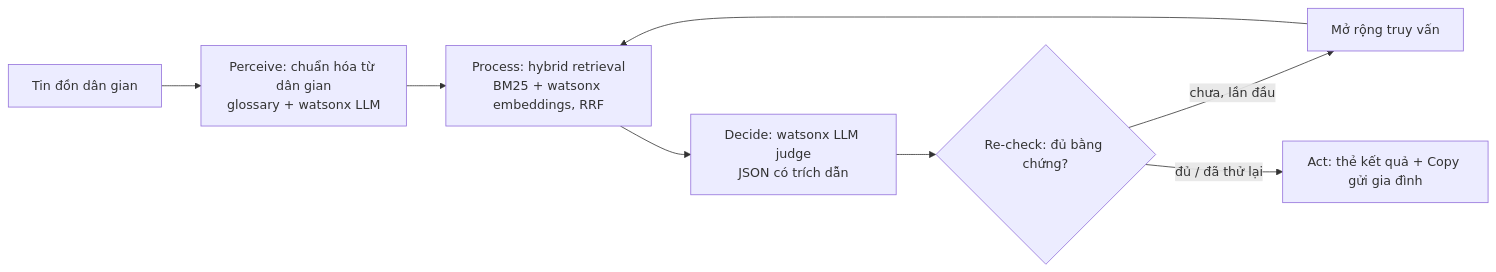
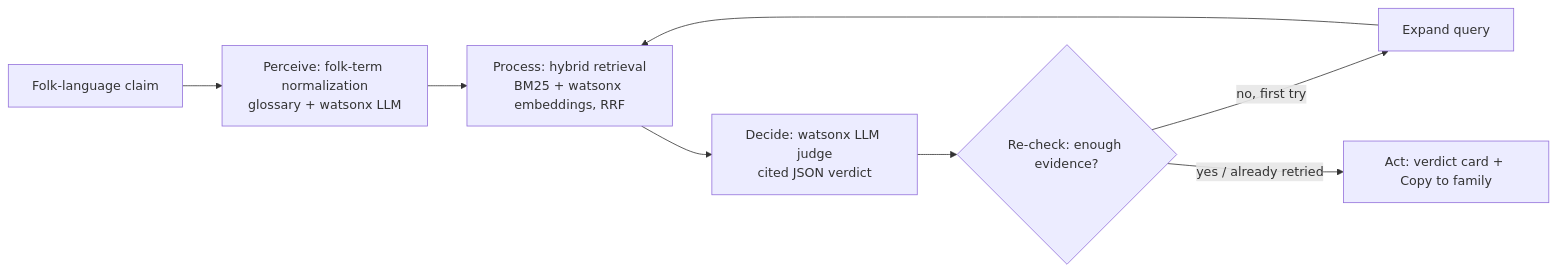
The diagram in README.md (khanh-tran11/Healthcare-PBM-AI), drawn with Mermaid before and after one commit. The commit also changed other lines of this file and 3 other files, not shown here.

````diff
--- a/README.md
+++ b/README.md
@@ -18,9 +18,9 @@
 ```mermaid
 flowchart LR
-  A[Tin đồn dân gian] --> B[Perceive: chuẩn hóa từ dân gian<br/>glossary + watsonx LLM]
+  A[Folk-language claim] --> B[Perceive: folk-term normalization<br/>glossary + watsonx LLM]
   B --> C[Process: hybrid retrieval<br/>BM25 + watsonx embeddings, RRF]
-  C --> D[Decide: watsonx LLM judge<br/>JSON có trích dẫn]
-  D --> E{Re-check: đủ bằng chứng?}
-  E -- chưa, lần đầu --> F[Mở rộng truy vấn] --> C
-  E -- đủ / đã thử lại --> G[Act: thẻ kết quả + Copy gửi gia đình]
+  C --> D[Decide: watsonx LLM judge<br/>cited JSON verdict]
+  D --> E{Re-check: enough evidence?}
+  E -- no, first try --> F[Expand query] --> C
+  E -- yes / already retried --> G[Act: verdict card + Copy to family]
 ```
````
